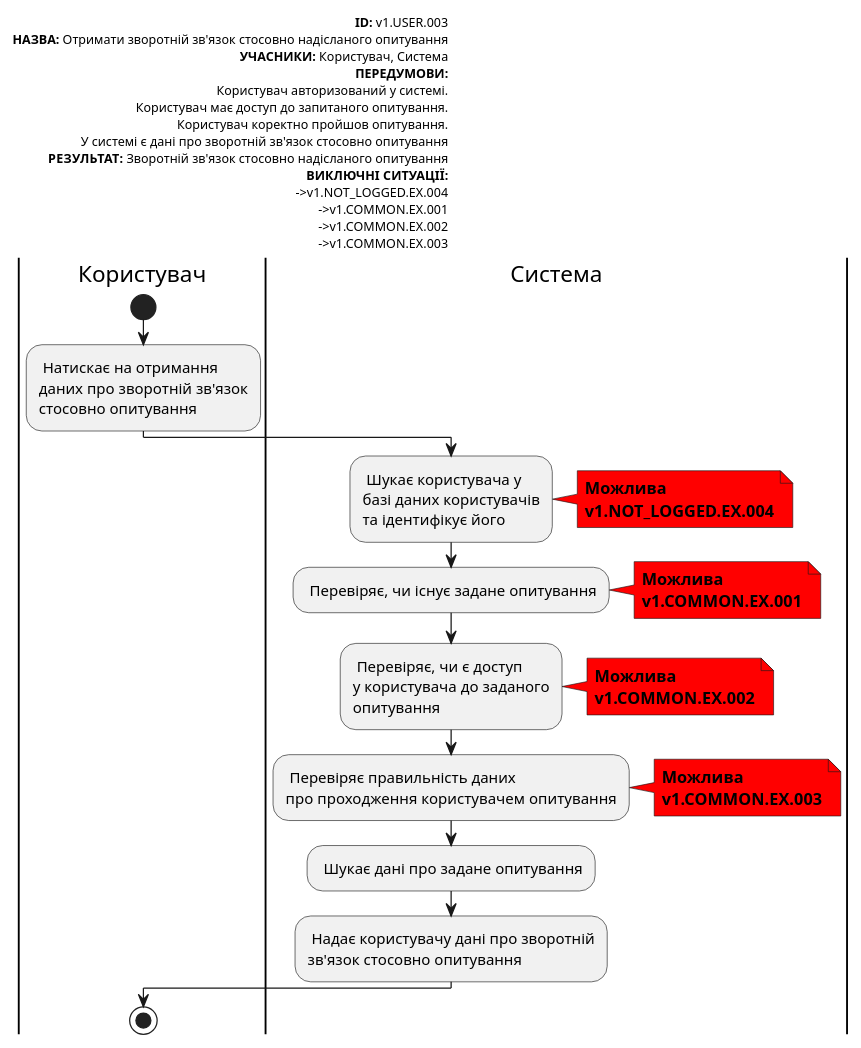
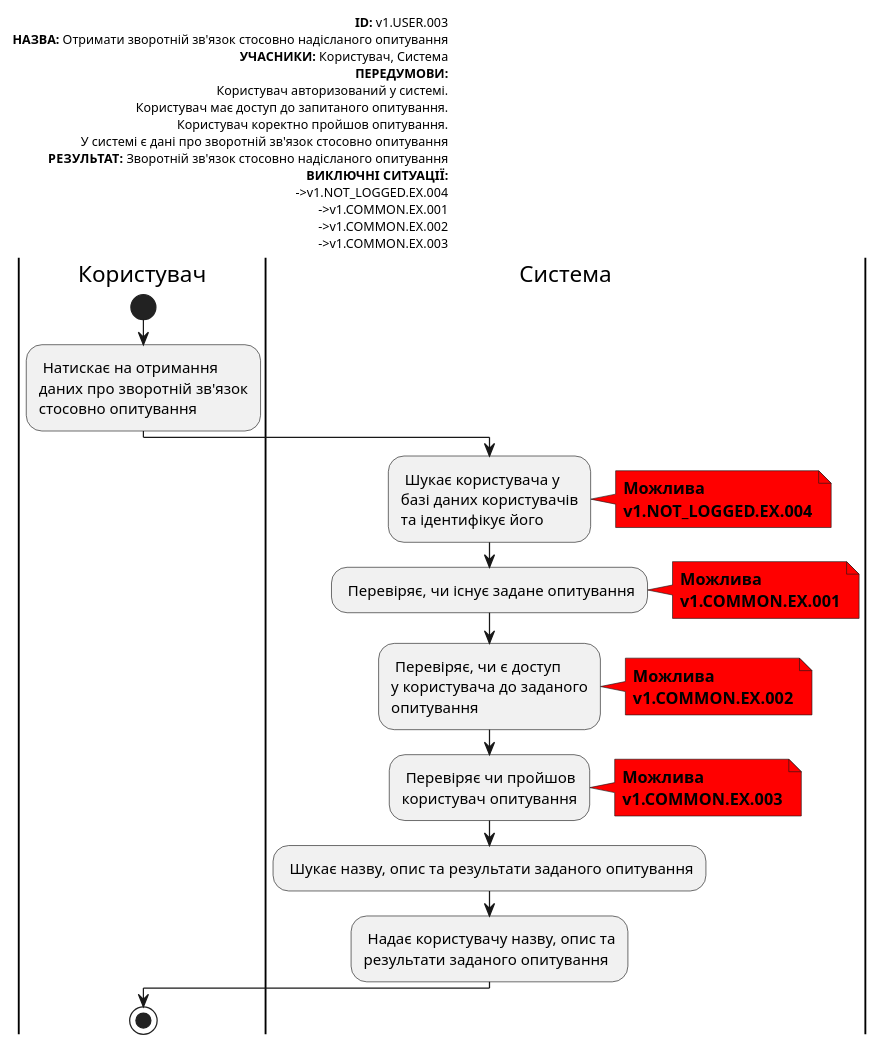
The ninth of 22 diagrams in docs/use cases/README.md (danilbezus/survey-expert), drawn with PlantUML before and after one commit. The commit also changed other lines of this file, not shown here.

```diff
--- a/docs/use cases/README.md
+++ b/docs/use cases/README.md
@@ -214,65 +308,65 @@
   @startuml
 
       left header
            <font color=000 size=10><b>ID:</b> v1.USER.003
            <font color=000 size=10><b>НАЗВА:</b> Отримати зворотній зв'язок стосовно надісланого опитування
            <font color=000 size=10><b>УЧАСНИКИ:</b> Користувач, Система
            <font color=000 size=10><b>ПЕРЕДУМОВИ:</b>
            <font color=000 size=10>Користувач авторизований у системі.
            <font color=000 size=10>Користувач має доступ до запитаного опитування.
            <font color=000 size=10>Користувач коректно пройшов опитування.
            <font color=000 size=10>У системі є дані про зворотній зв'язок стосовно опитування
            <font color=000 size=10><b>РЕЗУЛЬТАТ:</b> Зворотній зв'язок стосовно надісланого опитування
            <font color=000 size=10><b>ВИКЛЮЧНІ СИТУАЦІЇ:</b>
            <font color=000 size=10>->v1.NOT_LOGGED.EX.004
            <font color=000 size=10>->v1.COMMON.EX.001
            <font color=000 size=10>->v1.COMMON.EX.002
            <font color=000 size=10>->v1.COMMON.EX.003
        end header
        |Користувач|
            start
            : Натискає на отримання
            даних про зворотній зв'язок
            стосовно опитування;
        |Система|
            : Шукає користувача у
            базі даних користувачів
            та ідентифікує його;
 
            note right #ff0000
            <b>Можлива</b>
            <b>v1.NOT_LOGGED.EX.004</b>
            end note
 
            : Перевіряє, чи існує задане опитування;
 
            note right #ff0000
            <b>Можлива</b>
            <b>v1.COMMON.EX.001</b>
            end note
 
            : Перевіряє, чи є доступ
            у користувача до заданого
            опитування;
 
            note right #ff0000
            <b>Можлива</b>
            <b>v1.COMMON.EX.002</b>
            end note
 
-           : Перевіряє правильність даних
-           про проходження користувачем опитування;
+           : Перевіряє чи пройшов
+           користувач опитування;
 
            note right #ff0000
            <b>Можлива</b>
            <b>v1.COMMON.EX.003</b>
            end note
 
-           : Шукає дані про задане опитування;
+           : Шукає назву, опис та результати заданого опитування;
 
-           : Надає користувачу дані про зворотній
-           зв'язок стосовно опитування;
+           : Надає користувачу назву, опис та 
+           результати заданого опитування;
        |Користувач|
            stop;
 
   @enduml
```
